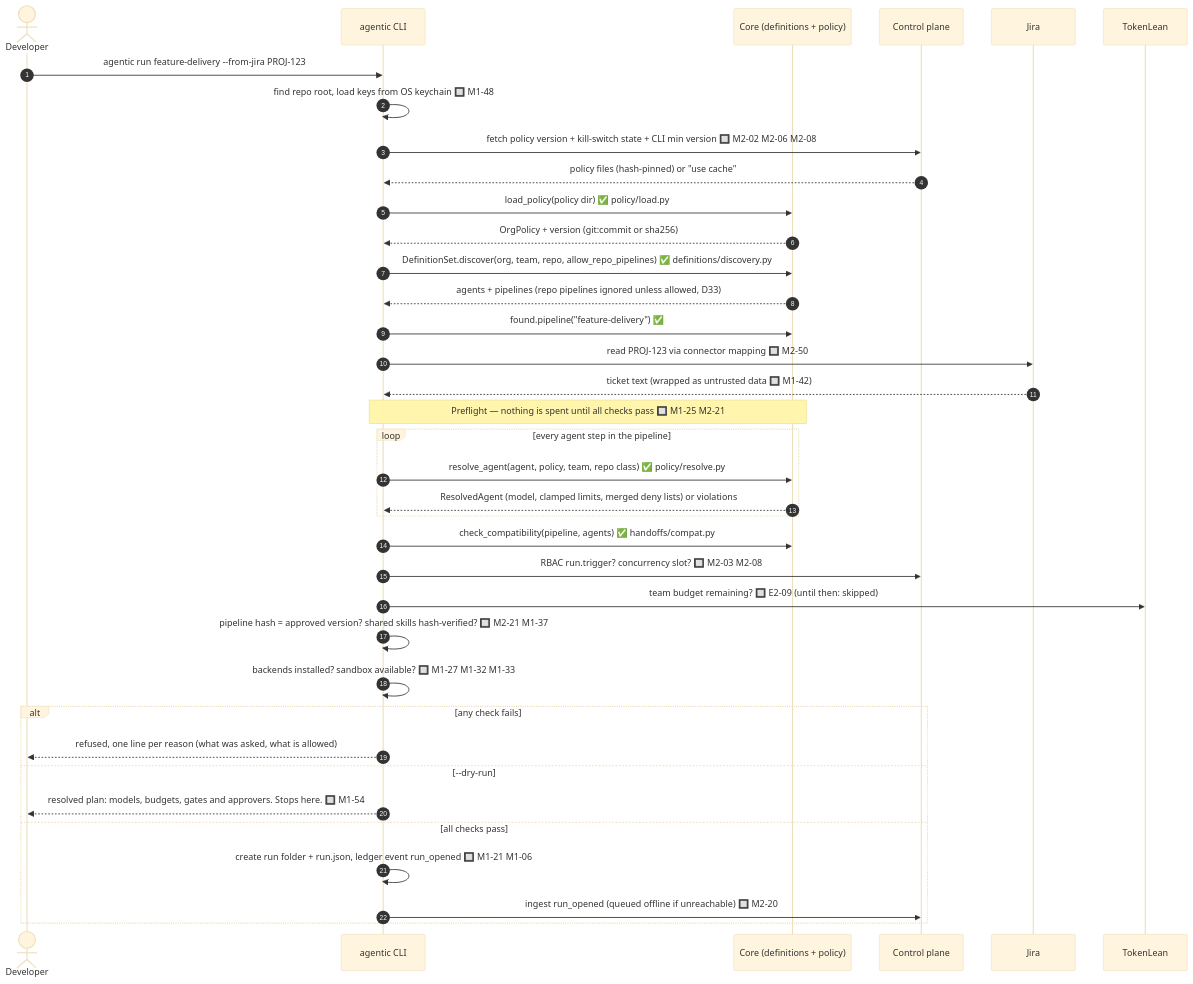
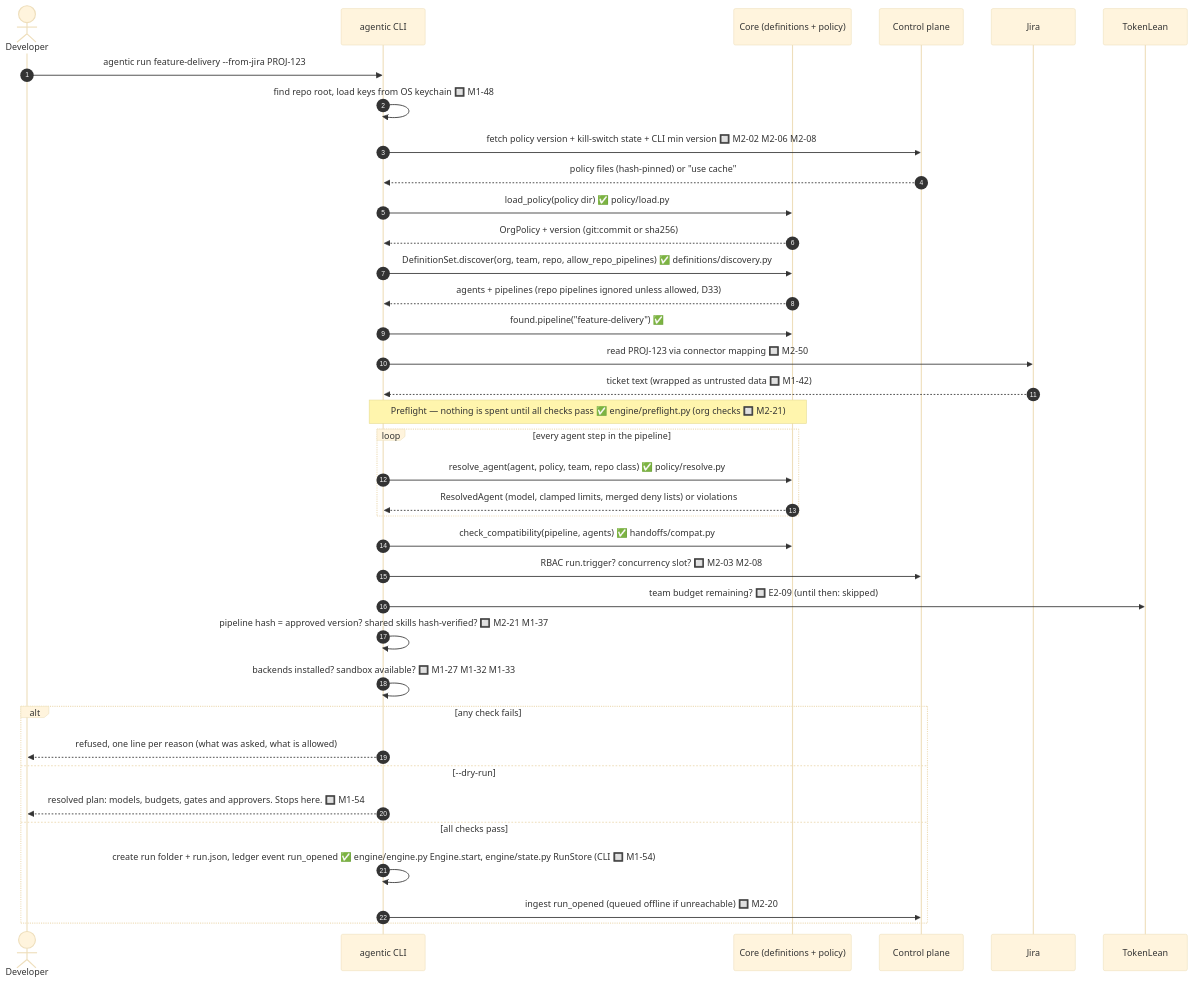
One commit to cbeyondcloud/agentic-sdlc changed the second of 5 diagrams in docs/architecture/call-flow.md. Above: the diagram before and after it, drawn with Mermaid (base theme). The commit also changed other lines of this file and 3 other files, not shown here.

Commit message:
feat(core): end-to-end pipeline run through the real ledgers; SP6 docs, tracker and deferred register (M1-21..M1-26)

````diff
--- a/docs/architecture/call-flow.md
+++ b/docs/architecture/call-flow.md
@@ -37,41 +37,41 @@
 ```mermaid
 sequenceDiagram
     autonumber
     actor Dev as Developer
     participant CLI as agentic CLI
     participant Core as Core (definitions + policy)
     participant CP as Control plane
     participant Jira
     participant TL as TokenLean
 
     Dev->>CLI: agentic run feature-delivery --from-jira PROJ-123
     CLI->>CLI: find repo root, load keys from OS keychain 🔲 M1-48
     CLI->>CP: fetch policy version + kill-switch state + CLI min version 🔲 M2-02 M2-06 M2-08
     CP-->>CLI: policy files (hash-pinned) or "use cache"
     CLI->>Core: load_policy(policy dir) ✅ policy/load.py
     Core-->>CLI: OrgPolicy + version (git:commit or sha256)
     CLI->>Core: DefinitionSet.discover(org, team, repo, allow_repo_pipelines) ✅ definitions/discovery.py
     Core-->>CLI: agents + pipelines (repo pipelines ignored unless allowed, D33)
     CLI->>Core: found.pipeline("feature-delivery") ✅
     CLI->>Jira: read PROJ-123 via connector mapping 🔲 M2-50
     Jira-->>CLI: ticket text (wrapped as untrusted data 🔲 M1-42)
 
-    Note over CLI,Core: Preflight — nothing is spent until all checks pass 🔲 M1-25 M2-21
+    Note over CLI,Core: Preflight — nothing is spent until all checks pass ✅ engine/preflight.py (org checks 🔲 M2-21)
     loop every agent step in the pipeline
         CLI->>Core: resolve_agent(agent, policy, team, repo class) ✅ policy/resolve.py
         Core-->>CLI: ResolvedAgent (model, clamped limits, merged deny lists) or violations
     end
     CLI->>Core: check_compatibility(pipeline, agents) ✅ handoffs/compat.py
     CLI->>CP: RBAC run.trigger? concurrency slot? 🔲 M2-03 M2-08
     CLI->>TL: team budget remaining? 🔲 E2-09 (until then: skipped)
     CLI->>CLI: pipeline hash = approved version? shared skills hash-verified? 🔲 M2-21 M1-37
     CLI->>CLI: backends installed? sandbox available? 🔲 M1-27 M1-32 M1-33
     alt any check fails
         CLI-->>Dev: refused, one line per reason (what was asked, what is allowed)
     else --dry-run
         CLI-->>Dev: resolved plan: models, budgets, gates and approvers. Stops here. 🔲 M1-54
     else all checks pass
-        CLI->>CLI: create run folder + run.json, ledger event run_opened 🔲 M1-21 M1-06
+        CLI->>CLI: create run folder + run.json, ledger event run_opened ✅ engine/engine.py Engine.start, engine/state.py RunStore (CLI 🔲 M1-54)
         CLI->>CP: ingest run_opened (queued offline if unreachable) 🔲 M2-20
     end
 ```
````
